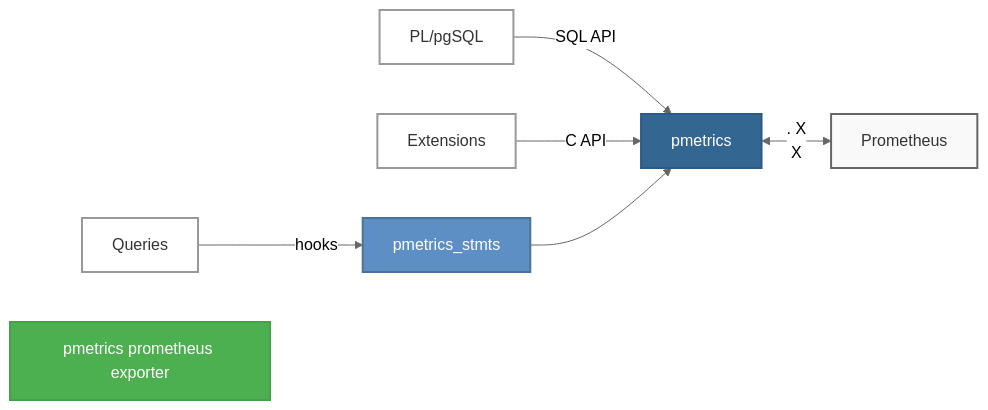
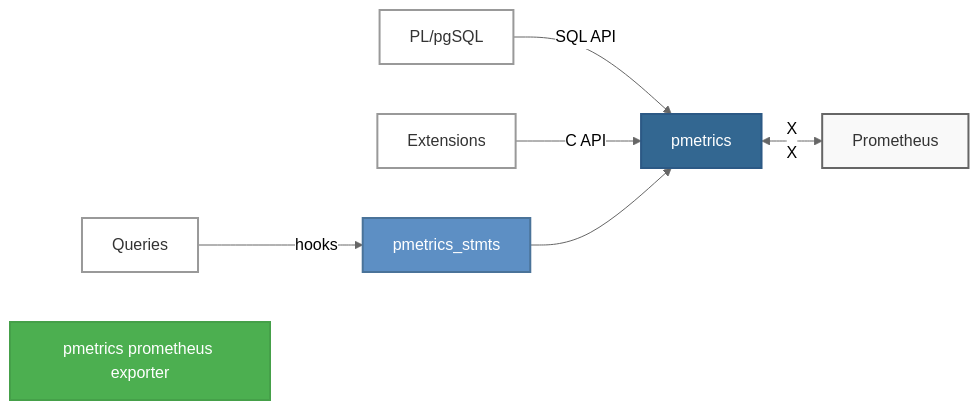
One commit to v0idpwn-industries/pmetrics changed the diagram in README.md. Above: the diagram before and after it, drawn with Mermaid (neutral theme).

````diff
--- a/README.md
+++ b/README.md
@@ -5,23 +5,23 @@
 ```mermaid
 graph LR
     Q[Queries]
     P[PL/pgSQL]
     E[Extensions]
     X[pmetrics prometheus exporter]
 
     Q -->|hooks| S[pmetrics_stmts]
     P -->|SQL API| C[pmetrics]
     E -->|C API| C
     S --> C
 
-    C <--. X
+    C <-- X
     X --> M[Prometheus]
 
     style C fill:#336791,stroke:#2c5985,stroke-width:2px,color:#fff
     style S fill:#5d8fc4,stroke:#4a7399,stroke-width:2px,color:#fff
     style X fill:#4CAF50,stroke:#45a049,stroke-width:2px,color:#fff
     style M fill:#f9f9f9,stroke:#666,stroke-width:2px,color:#333
     style Q fill:#fff,stroke:#999,stroke-width:2px,color:#333
     style P fill:#fff,stroke:#999,stroke-width:2px,color:#333
     style E fill:#fff,stroke:#999,stroke-width:2px,color:#333
 ```
````
